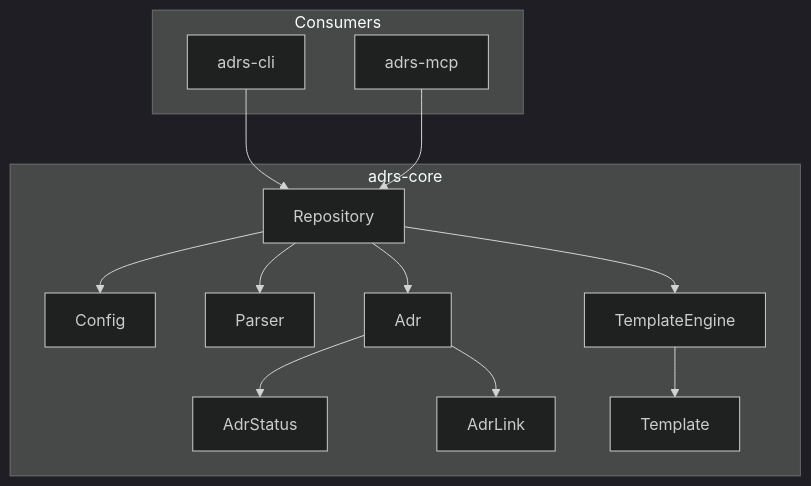
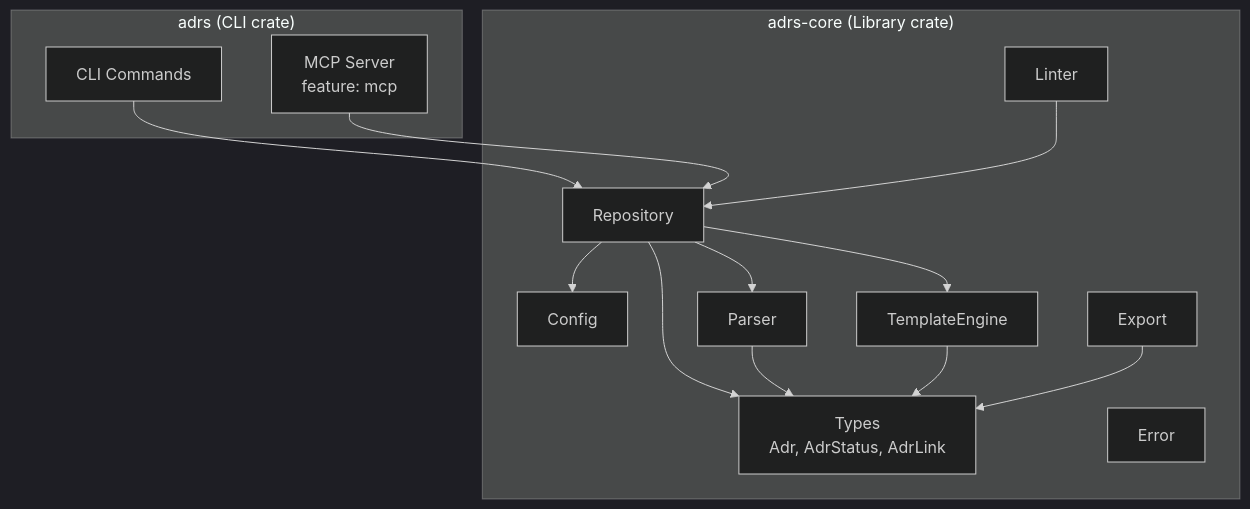
Before and after one commit to joshrotenberg/adrs: the first of 6 diagrams in docs/src/developers/lib/modules/README.md, drawn with Mermaid (dark theme). The commit also changed other lines of this file and 6 other files, not shown here.

First line of the commit message:
docs: add codebase architecture diagrams and ADR alignment matrix

````diff
--- a/docs/src/developers/lib/modules/README.md
+++ b/docs/src/developers/lib/modules/README.md
@@ -7,20 +9,29 @@
 ```mermaid
 graph TD
-    subgraph adrs-core
-        Repository --> Config
-        Repository --> Parser
-        Repository --> TemplateEngine
-        Repository --> Adr
-        Adr --> AdrStatus
-        Adr --> AdrLink
-        TemplateEngine --> Template
+    subgraph "adrs (CLI crate)"
+        CLI[CLI Commands]
+        MCP[MCP Server<br/>feature: mcp]
     end
 
-    subgraph Consumers
-        CLI[adrs-cli]
-        MCP[adrs-mcp]
+    subgraph "adrs-core (Library crate)"
+        Repository
+        Config
+        Parser
+        TemplateEngine
+        Linter
+        Export
+        Types[Types<br/>Adr, AdrStatus, AdrLink]
+        Error
     end
 
     CLI --> Repository
     MCP --> Repository
+    Repository --> Config
+    Repository --> Parser
+    Repository --> TemplateEngine
+    Repository --> Types
+    Parser --> Types
+    TemplateEngine --> Types
+    Linter --> Repository
+    Export --> Types
 ```
````
